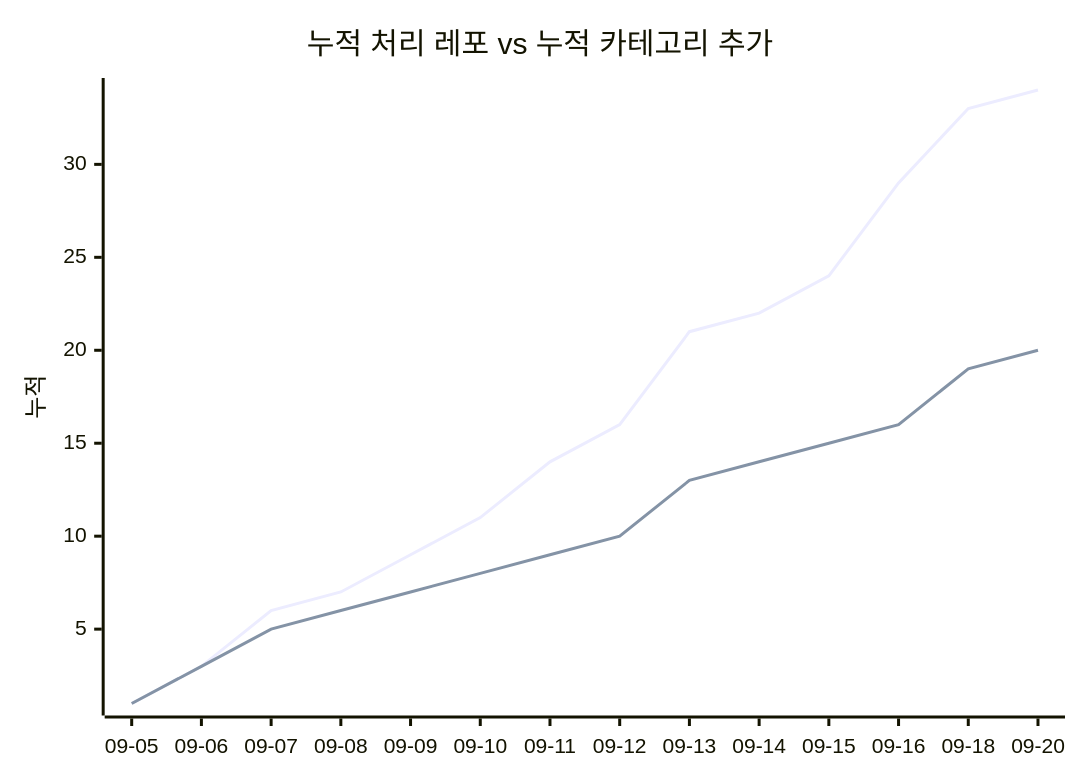
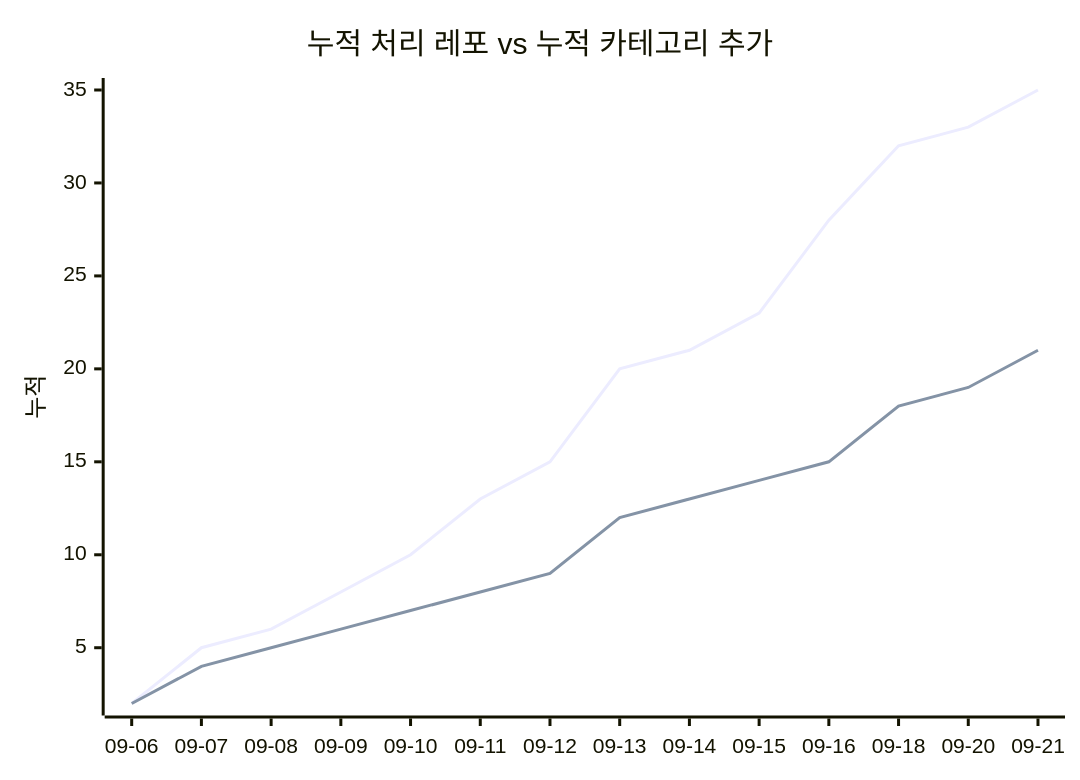
One commit to J-nowcow/awesome-korean-agent-skills changed the second of 2 diagrams in docs/trends.md. Above: the diagram before and after it, drawn with Mermaid. The commit also changed other lines of this file and 5 other files, not shown here.

````diff
--- a/docs/trends.md
+++ b/docs/trends.md
@@ -68,8 +68,8 @@
 ```mermaid
 xychart-beta
     title "누적 처리 레포 vs 누적 카테고리 추가"
-    x-axis ["09-05","09-06","09-07","09-08","09-09","09-10","09-11","09-12","09-13","09-14","09-15","09-16","09-18","09-20"]
+    x-axis ["09-06","09-07","09-08","09-09","09-10","09-11","09-12","09-13","09-14","09-15","09-16","09-18","09-20","09-21"]
     y-axis "누적"
-    line [1,3,6,7,9,11,14,16,21,22,24,29,33,34]
-    line [1,3,5,6,7,8,9,10,13,14,15,16,19,20]
+    line [2,5,6,8,10,13,15,20,21,23,28,32,33,35]
+    line [2,4,5,6,7,8,9,12,13,14,15,18,19,21]
 ```
````
